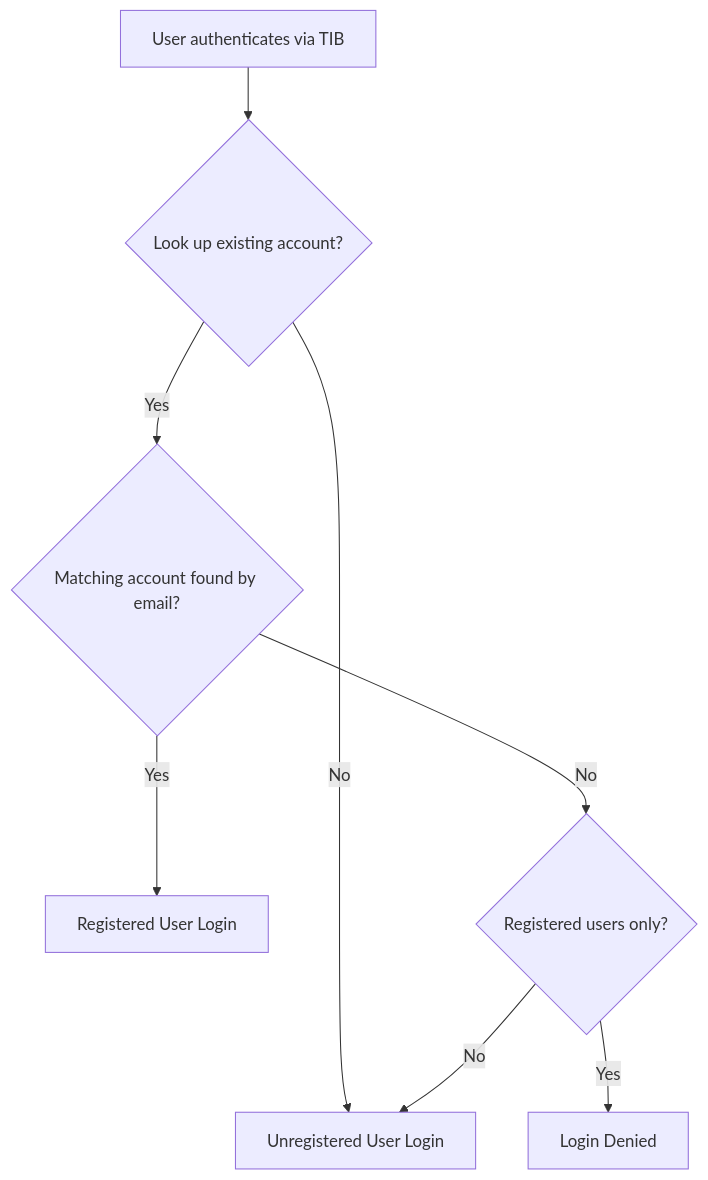
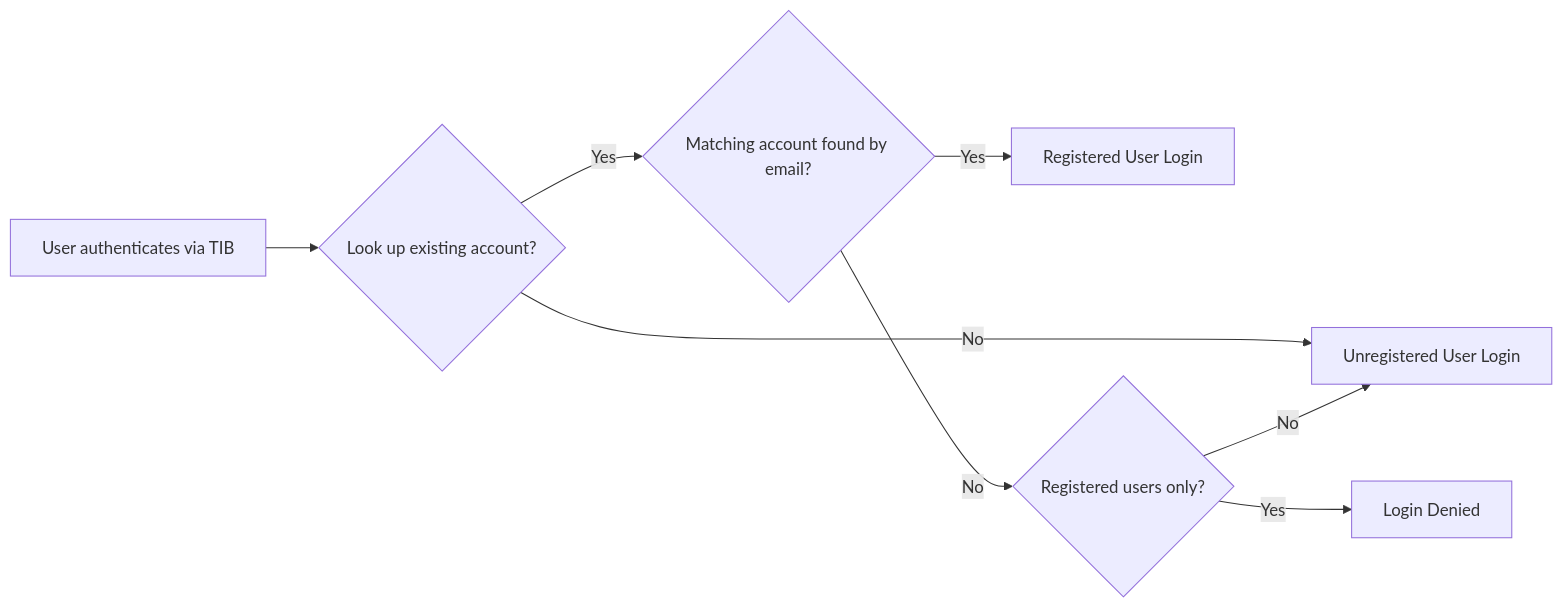
Before and after one commit to TykTechnologies/tyk-docs: the second of 2 diagrams in tyk-identity-broker/dashboard-sso.mdx, drawn with Mermaid. The commit also changed 1 other file, not shown here.

````diff
--- a/tyk-identity-broker/dashboard-sso.mdx
+++ b/tyk-identity-broker/dashboard-sso.mdx
@@ -44,10 +44,10 @@
 ```mermaid
-flowchart TD
+flowchart LR
     A[User authenticates via TIB] --> B{Look up existing account?}
     B -- No --> C[Unregistered User Login]
     B -- Yes --> D{Matching account found by email?}
     D -- Yes --> E[Registered User Login]
     D -- No --> F{Registered users only?}
     F -- Yes --> G[Login Denied]
     F -- No --> C
 ```
````
